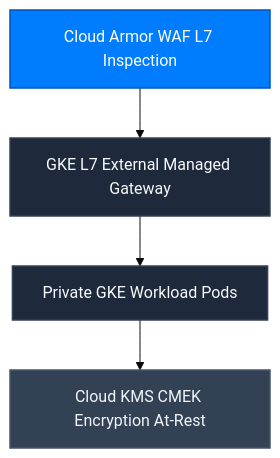
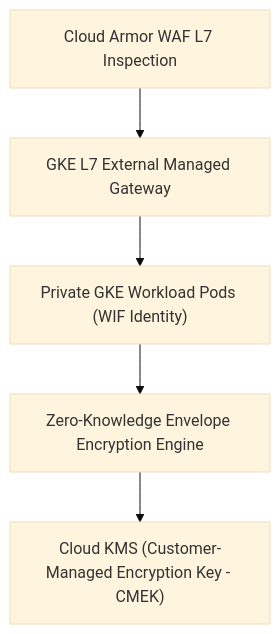
The first of 3 diagrams in governance/cloud-security.mdx (Connex-Brothers-Consulting-Group/cbcg-hs-connex-docs), drawn with Mermaid (base theme) before and after one commit. The commit also changed other lines of this file and 24 other files, not shown here.

Commit message:
fix(docs): restore Lucide card icons, enforce transparent Mermaid line-art, add Cryptographic Kill Switch, and refine quiet luxury banner

````diff
--- a/governance/cloud-security.mdx
+++ b/governance/cloud-security.mdx
@@ -9,10 +9,7 @@
 ```mermaid
 graph TD
-    classDef primary fill:#007CFF,stroke:#0056B3,stroke-width:1.5px,color:#FFFFFF;
-    classDef enterprise fill:#1E293B,stroke:#334155,stroke-width:1.5px,color:#F8FAFC;
-    classDef storage fill:#334155,stroke:#475569,stroke-width:1.5px,color:#F1F5F9;
-
-    Ingress["Cloud Armor WAF L7 Inspection"]:::primary --> GW["GKE L7 External Managed Gateway"]:::enterprise
-    GW --> Pod["Private GKE Workload Pods"]:::enterprise
-    Pod --> KMS["Cloud KMS CMEK Encryption At-Rest"]:::storage
+    Ingress["Cloud Armor WAF L7 Inspection"] --> GW["GKE L7 External Managed Gateway"]
+    GW --> Pod["Private GKE Workload Pods (WIF Identity)"]
+    Pod --> Enc["Zero-Knowledge Envelope Encryption Engine"]
+    Enc --> KMS["Cloud KMS (Customer-Managed Encryption Key - CMEK)"]
 ```
````
